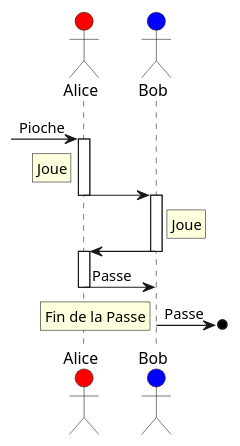
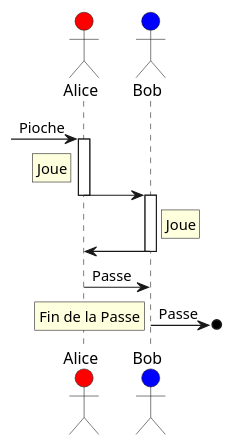
The sixth of 7 diagrams in sphérier/référence/phases-de-jeu/combat.md (de-dale/wiki), drawn with PlantUML before and after one commit. The commit also changed other lines of this file, not shown here.

````diff
--- a/sphérier/référence/phases-de-jeu/combat.md
+++ b/sphérier/référence/phases-de-jeu/combat.md
@@ -203,18 +203,17 @@
 ```plantuml
 actor Alice #red
 actor Bob #blue
 [-> Alice ++ : Pioche
 
 rnote left of Alice: Joue
 Alice -> Bob --
 
 activate Bob
 rnote right of Bob: Joue
 Bob -> Alice --
 
-activate Alice
 Alice -> Bob -- : Passe
 
 Bob ->o] : Passe
 rnote right : Fin de la Passe
 ```
````
